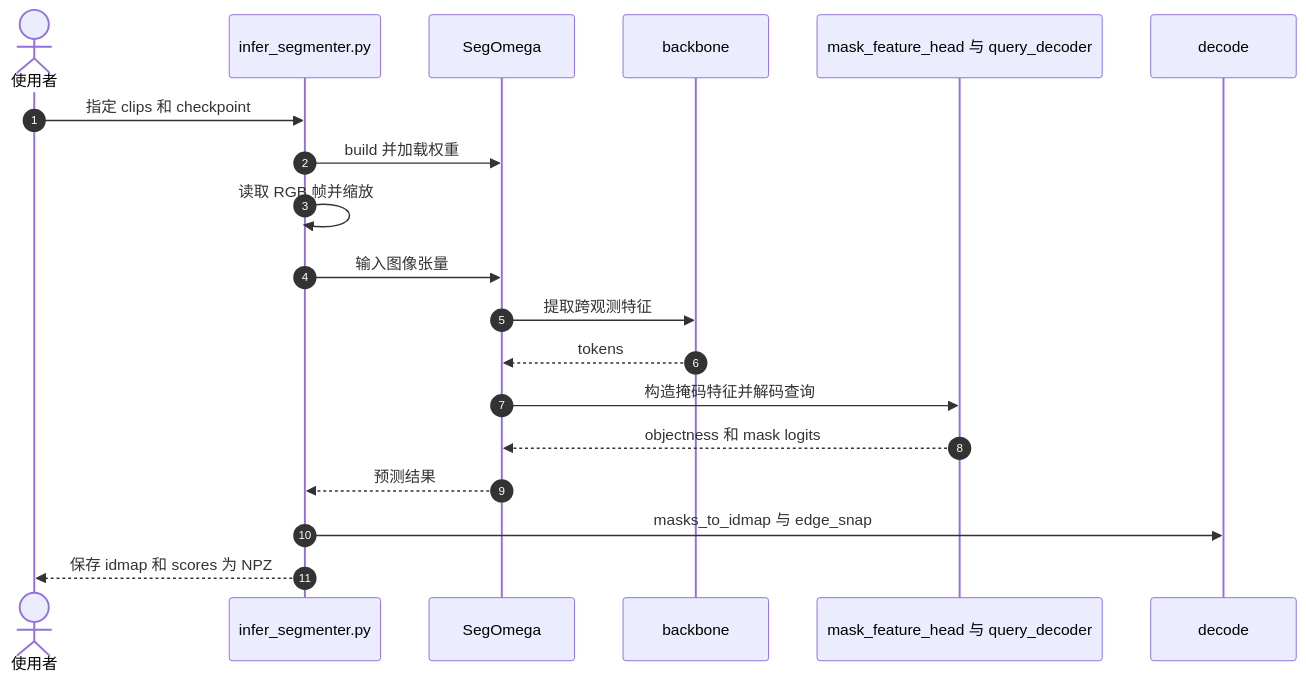
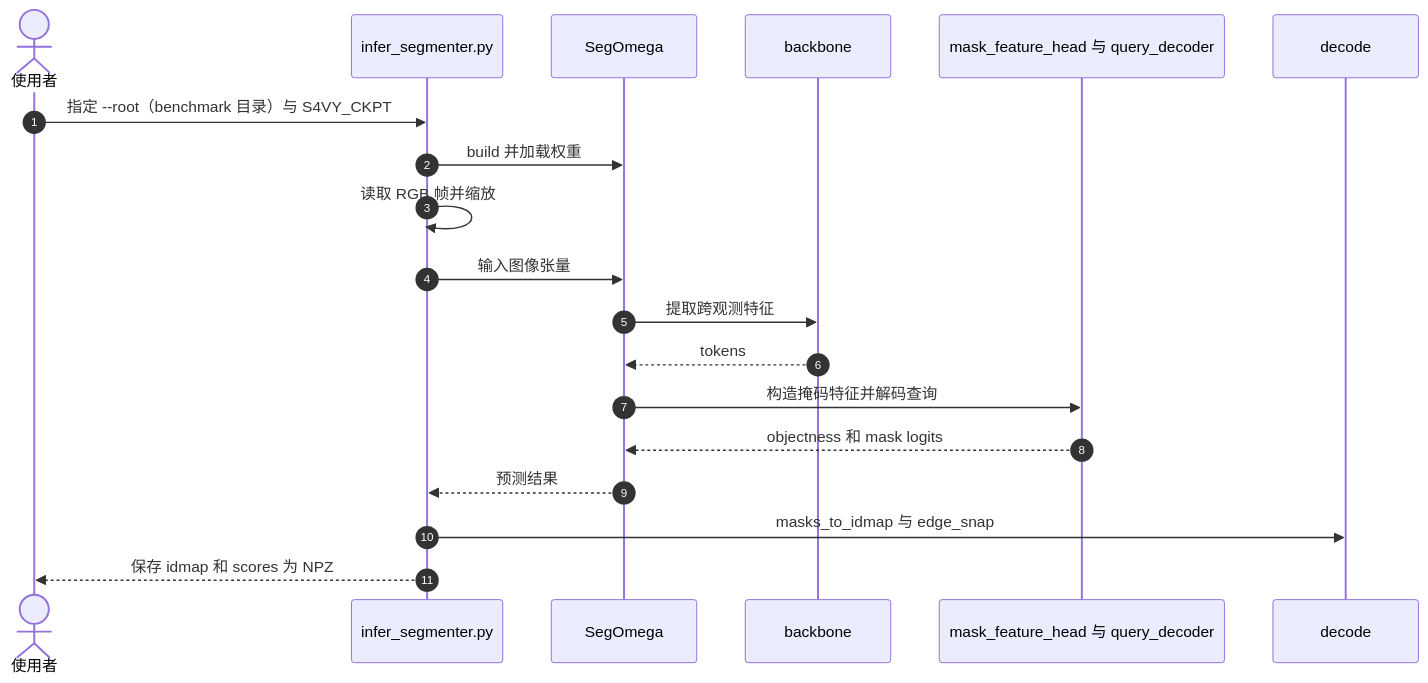
The second of 2 diagrams in wiki/entities/paper-s4vy.md (ImChong/Robotics_Notebooks), drawn with Mermaid before and after one commit. The commit also changed other lines of this file and 9 other files, not shown here.

````diff
--- a/wiki/entities/paper-s4vy.md
+++ b/wiki/entities/paper-s4vy.md
@@ -72,21 +93,21 @@
 ```mermaid
 sequenceDiagram
     autonumber
     actor User as 使用者
     participant Entry as infer_segmenter.py
     participant Model as SegOmega
     participant Backbone as backbone
     participant Decoder as mask_feature_head 与 query_decoder
     participant Output as decode
-    User->>Entry: 指定 clips 和 checkpoint
+    User->>Entry: 指定 --root（benchmark 目录）与 S4VY_CKPT
     Entry->>Model: build 并加载权重
     Entry->>Entry: 读取 RGB 帧并缩放
     Entry->>Model: 输入图像张量
     Model->>Backbone: 提取跨观测特征
     Backbone-->>Model: tokens
     Model->>Decoder: 构造掩码特征并解码查询
     Decoder-->>Model: objectness 和 mask logits
     Model-->>Entry: 预测结果
     Entry->>Output: masks_to_idmap 与 edge_snap
     Entry-->>User: 保存 idmap 和 scores 为 NPZ
 ```
````
